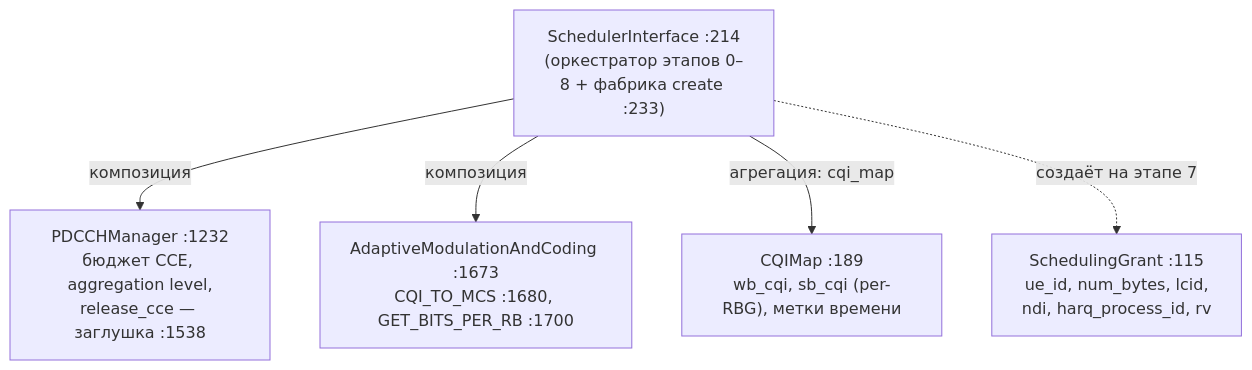
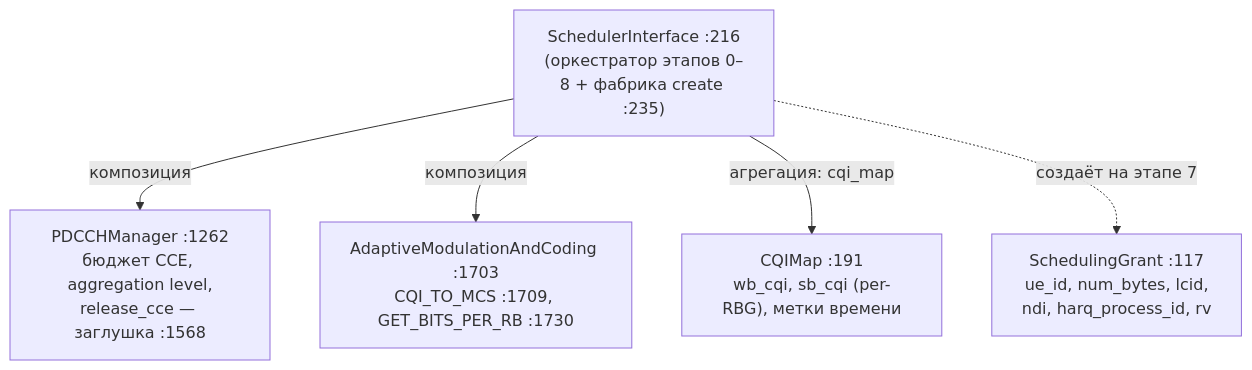
One commit to dokbrawn/REC-S5 changed the second of 11 diagrams in weeks/docs/diagrams.md. Above: the diagram before and after it, drawn with Mermaid. The commit also changed other lines of this file and 4 other files, not shown here.

````diff
--- a/weeks/docs/diagrams.md
+++ b/weeks/docs/diagrams.md
@@ -28,12 +29,12 @@
 ```mermaid
 flowchart TD
-    SI["SchedulerInterface :214<br/>(оркестратор этапов 0–8 + фабрика create :233)"]
-    PDM["PDCCHManager :1232<br/>бюджет CCE, aggregation level,<br/>release_cce — заглушка :1538"]
-    AMC["AdaptiveModulationAndCoding :1673<br/>CQI_TO_MCS :1680, GET_BITS_PER_RB :1700"]
-    CQM["CQIMap :189<br/>wb_cqi, sb_cqi (per-RBG), метки времени"]
-    SG["SchedulingGrant :115<br/>ue_id, num_bytes, lcid,<br/>ndi, harq_process_id, rv"]
+    SI["SchedulerInterface :216<br/>(оркестратор этапов 0–8 + фабрика create :235)"]
+    PDM["PDCCHManager :1262<br/>бюджет CCE, aggregation level,<br/>release_cce — заглушка :1568"]
+    AMC["AdaptiveModulationAndCoding :1703<br/>CQI_TO_MCS :1709, GET_BITS_PER_RB :1730"]
+    CQM["CQIMap :191<br/>wb_cqi, sb_cqi (per-RBG), метки времени"]
+    SG["SchedulingGrant :117<br/>ue_id, num_bytes, lcid,<br/>ndi, harq_process_id, rv"]
     SI -->|композиция| PDM
     SI -->|композиция| AMC
     SI -->|"агрегация: cqi_map"| CQM
     SI -.->|создаёт на этапе 7| SG
 ```
````
